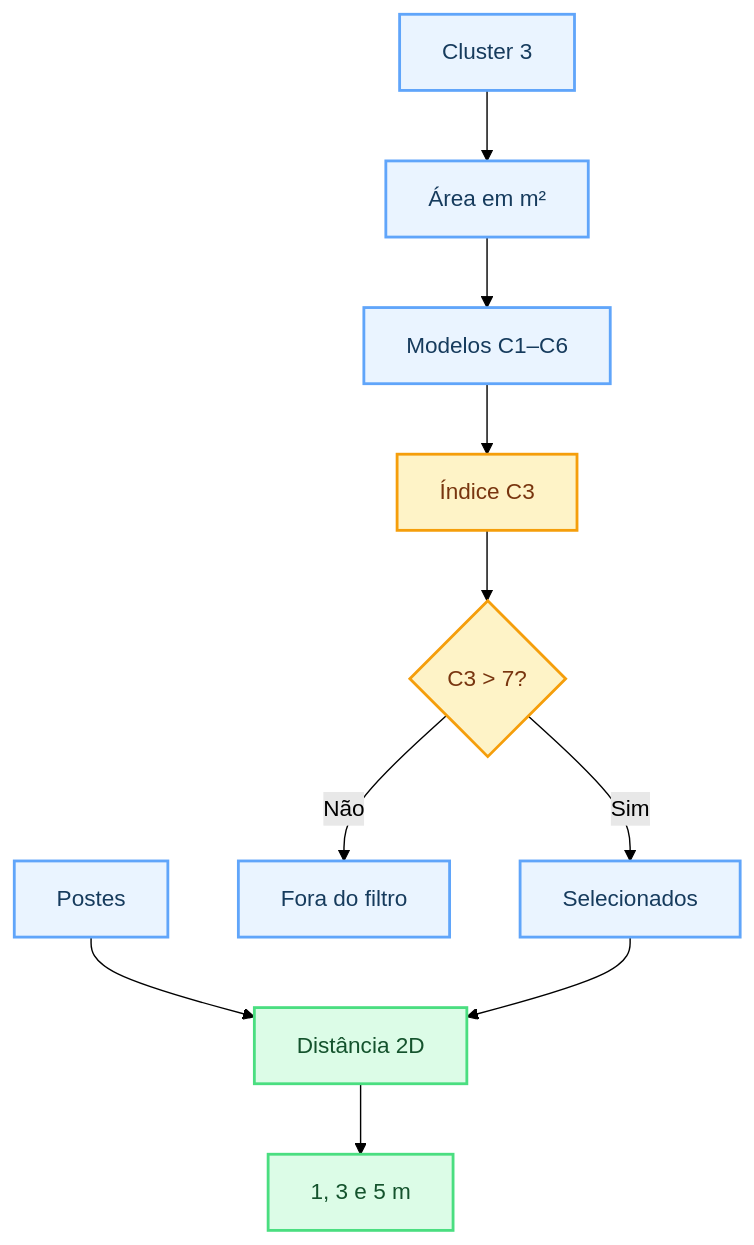
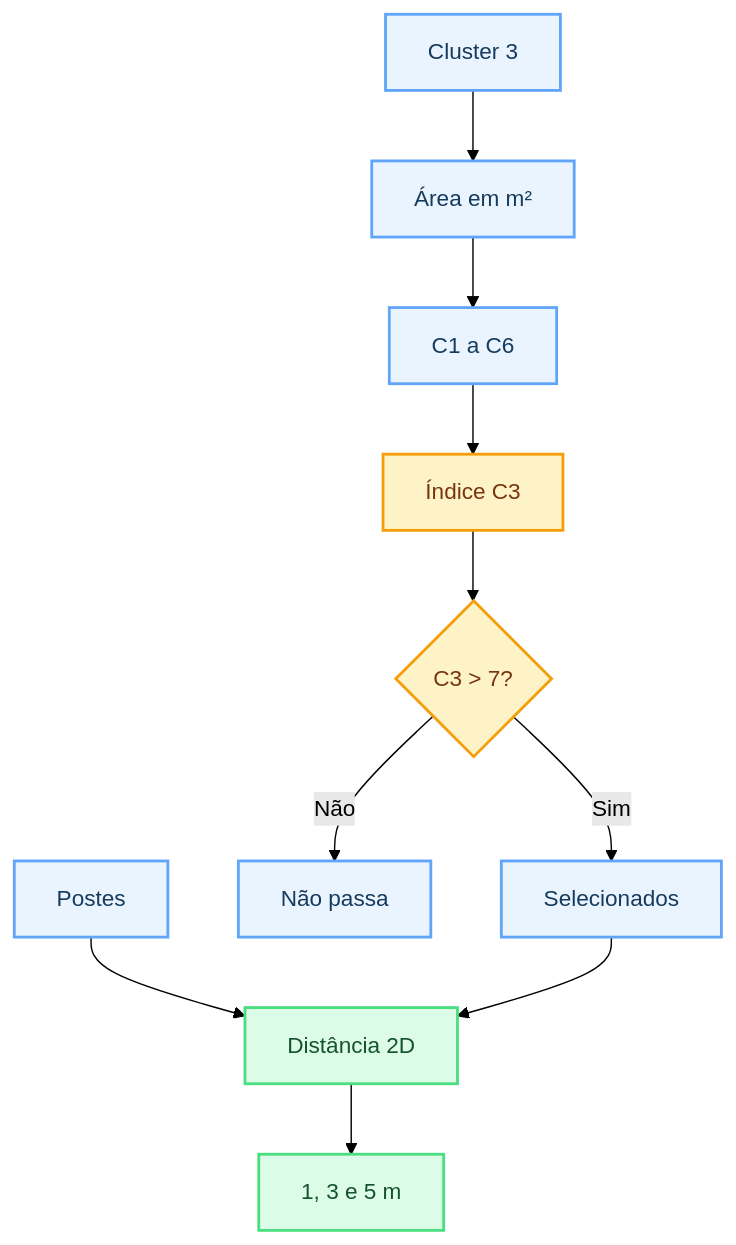
One commit to BrenoBragaGalvao/mestrado-arvores-urbanas changed the second of 2 diagrams in README.md. Above: the diagram before and after it, drawn with Mermaid (forest theme). The commit also changed other lines of this file, not shown here.

Commit message:
docs: encurtar rótulos nos Mermaid das propostas para reduzir cortes no GitHub

````diff
--- a/README.md
+++ b/README.md
@@ -126,19 +126,19 @@
 ```mermaid
 flowchart TD
     A["Cluster 3"] --> B["Área em m²"]
-    B --> C["Modelos C1–C6"]
+    B --> C["C1 a C6"]
     C --> D["Índice C3"]
     D --> E{"C3 > 7?"}
     E -->|Sim| F["Selecionados"]
-    E -->|Não| G["Fora do filtro"]
+    E -->|Não| G["Não passa"]
     H["Postes"] --> I["Distância 2D"]
     F --> I
     I --> J["1, 3 e 5 m"]
 
     classDef dados fill:#eaf4ff,stroke:#60a5fa,color:#163b5d,stroke-width:2px;
     classDef metodo fill:#dcfce7,stroke:#4ade80,color:#14532d,stroke-width:2px;
     classDef alerta fill:#fef3c7,stroke:#f59e0b,color:#78350f,stroke-width:2px;
     class A,B,C,F,G,H dados;
     class D,E alerta;
     class I,J metodo;
 ```
````
